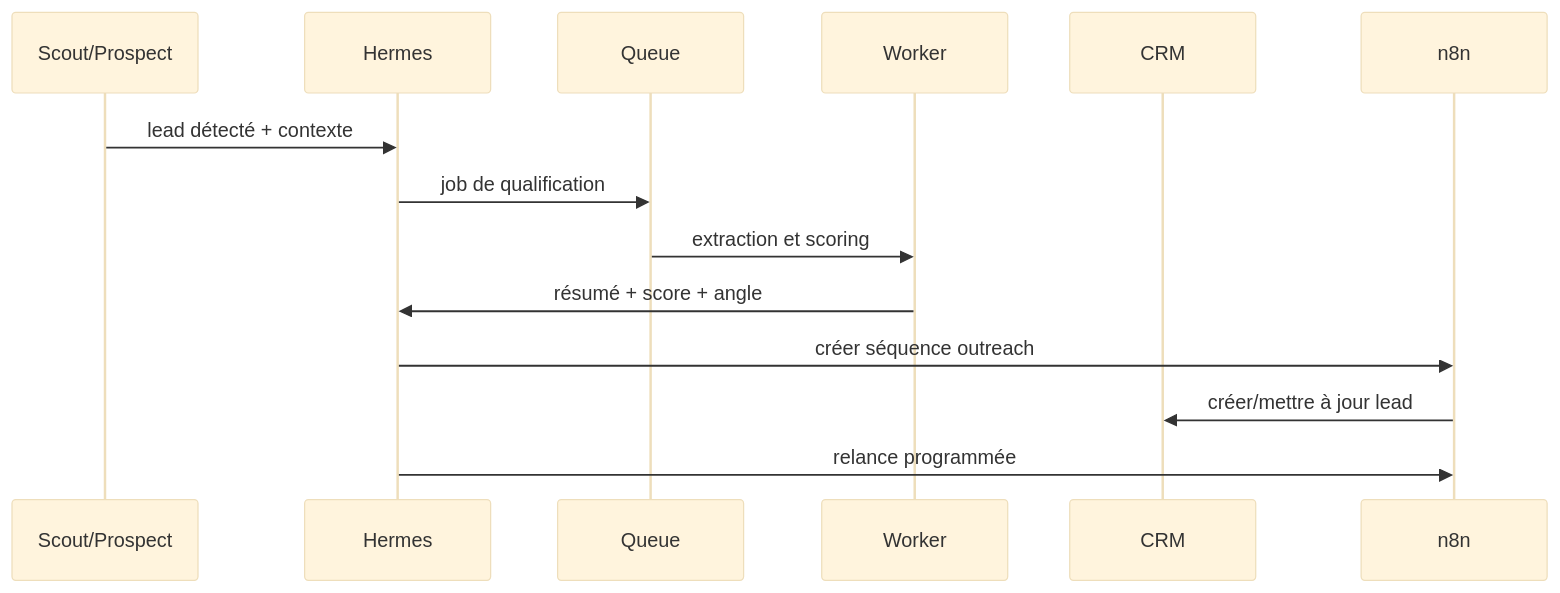
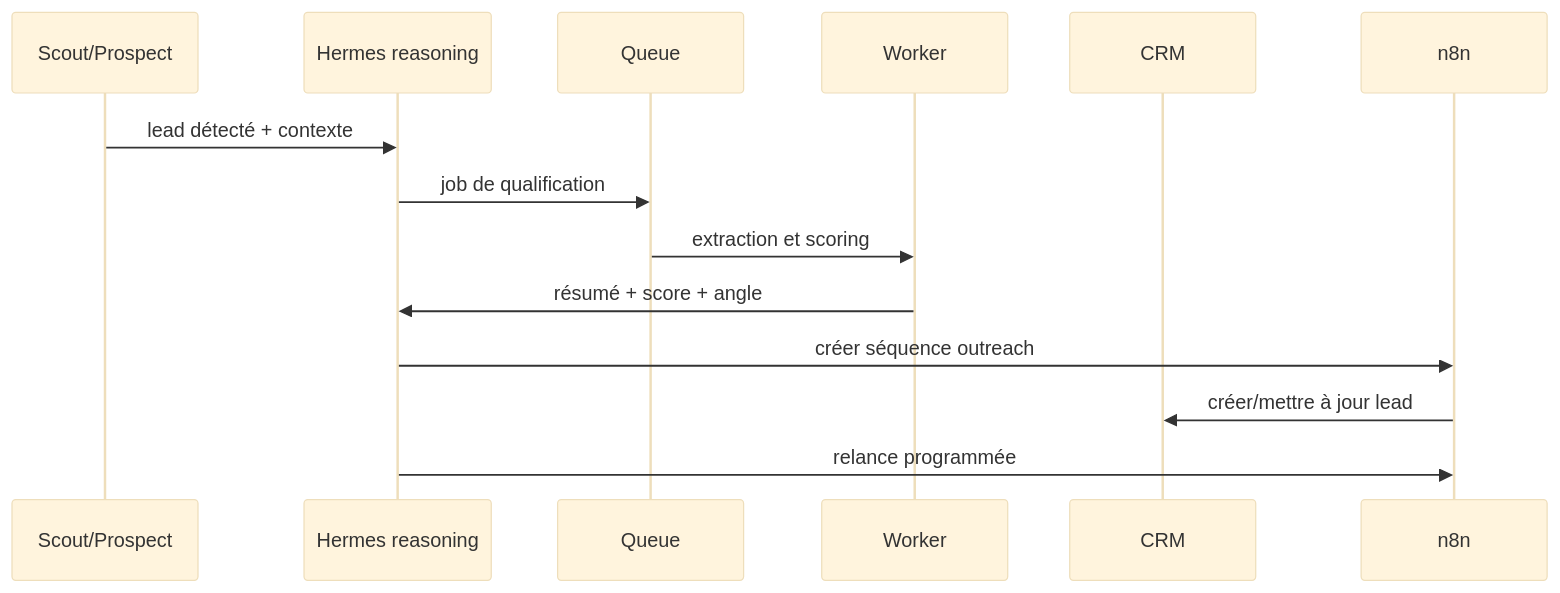
The third of 5 diagrams in docs/superpowers/specs/2026-05-24-kenomi-autonomous-ai-infrastructure-design.md (KenjiMobutu/kenomi-canvas), drawn with Mermaid (base theme) before and after one commit. The commit also changed other lines of this file, not shown here.

Commit message:
docs: add public Hermes deployment plan

````diff
--- a/docs/superpowers/specs/2026-05-24-kenomi-autonomous-ai-infrastructure-design.md
+++ b/docs/superpowers/specs/2026-05-24-kenomi-autonomous-ai-infrastructure-design.md
@@ -312,17 +379,17 @@
 ```mermaid
 sequenceDiagram
   participant S as Scout/Prospect
-  participant H as Hermes
+  participant H as Hermes reasoning
   participant Q as Queue
   participant W as Worker
   participant C as CRM
   participant N as n8n
 
   S->>H: lead détecté + contexte
   H->>Q: job de qualification
   Q->>W: extraction et scoring
   W->>H: résumé + score + angle
   H->>N: créer séquence outreach
   N->>C: créer/mettre à jour lead
   H->>N: relance programmée
 ```
````
